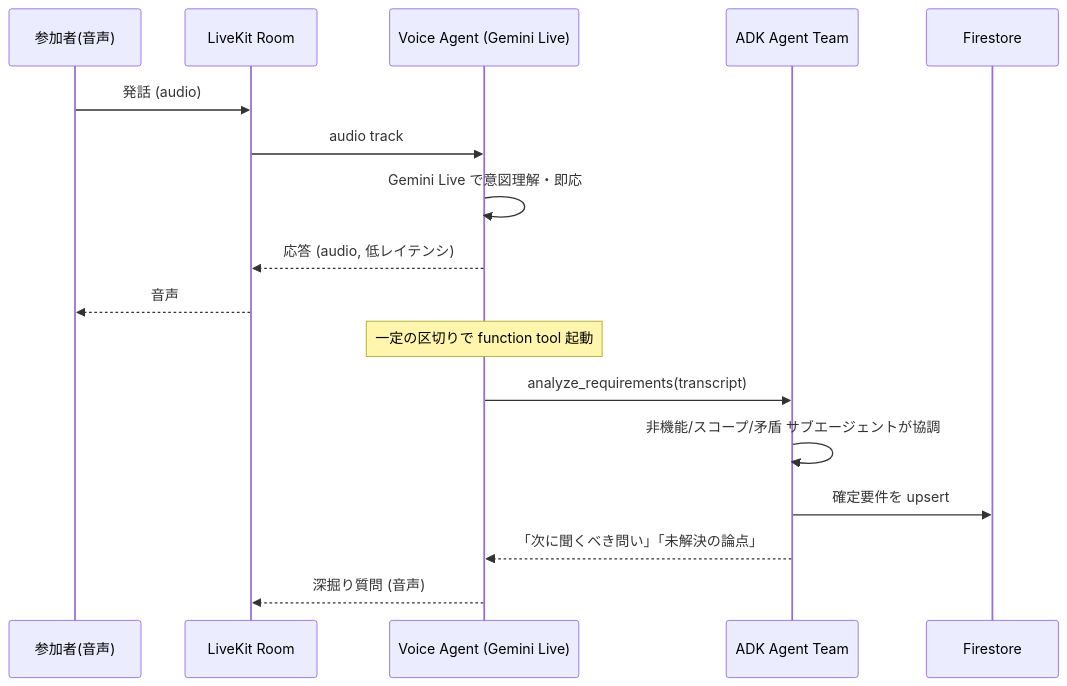
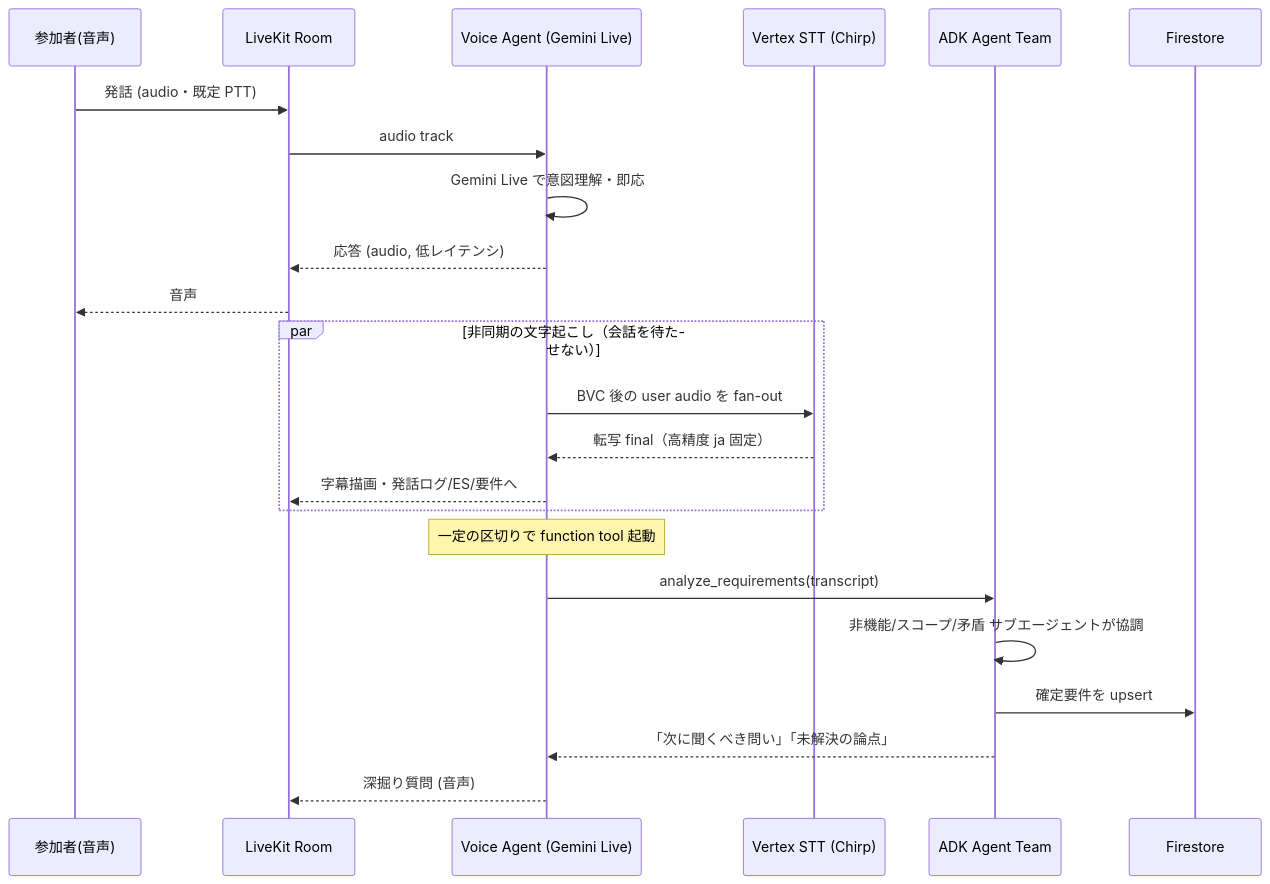
The first of 2 diagrams in docs/reference/architecture.md (godhuu0505/sanba), drawn with Mermaid before and after one commit. The commit also changed other lines of this file and 5 other files, not shown here.

First line of the commit message:
docs: アーキ図を分離STT(ADR-0066 S1)へ追随させ DevOps サイクル図を追加

````diff
--- a/docs/reference/architecture.md
+++ b/docs/reference/architecture.md
@@ -35,20 +35,26 @@
 ```mermaid
 sequenceDiagram
     participant U as 参加者(音声)
     participant LK as LiveKit Room
     participant VA as Voice Agent (Gemini Live)
+    participant STT as Vertex STT (Chirp)
     participant ADK as ADK Agent Team
     participant FS as Firestore
 
-    U->>LK: 発話 (audio)
+    U->>LK: 発話 (audio・既定 PTT)
     LK->>VA: audio track
     VA->>VA: Gemini Live で意図理解・即応
     VA-->>LK: 応答 (audio, 低レイテンシ)
     LK-->>U: 音声
+    par 非同期の文字起こし（会話を待たせない）
+        VA->>STT: BVC 後の user audio を fan-out
+        STT-->>VA: 転写 final（高精度 ja 固定）
+        VA-->>LK: 字幕描画・発話ログ/ES/要件へ
+    end
     Note over VA: 一定の区切りで function tool 起動
     VA->>ADK: analyze_requirements(transcript)
     ADK->>ADK: 非機能/スコープ/矛盾 サブエージェントが協調
     ADK->>FS: 確定要件を upsert
     ADK-->>VA: 「次に聞くべき問い」「未解決の論点」
     VA-->>LK: 深掘り質問 (音声)
 ```
````
